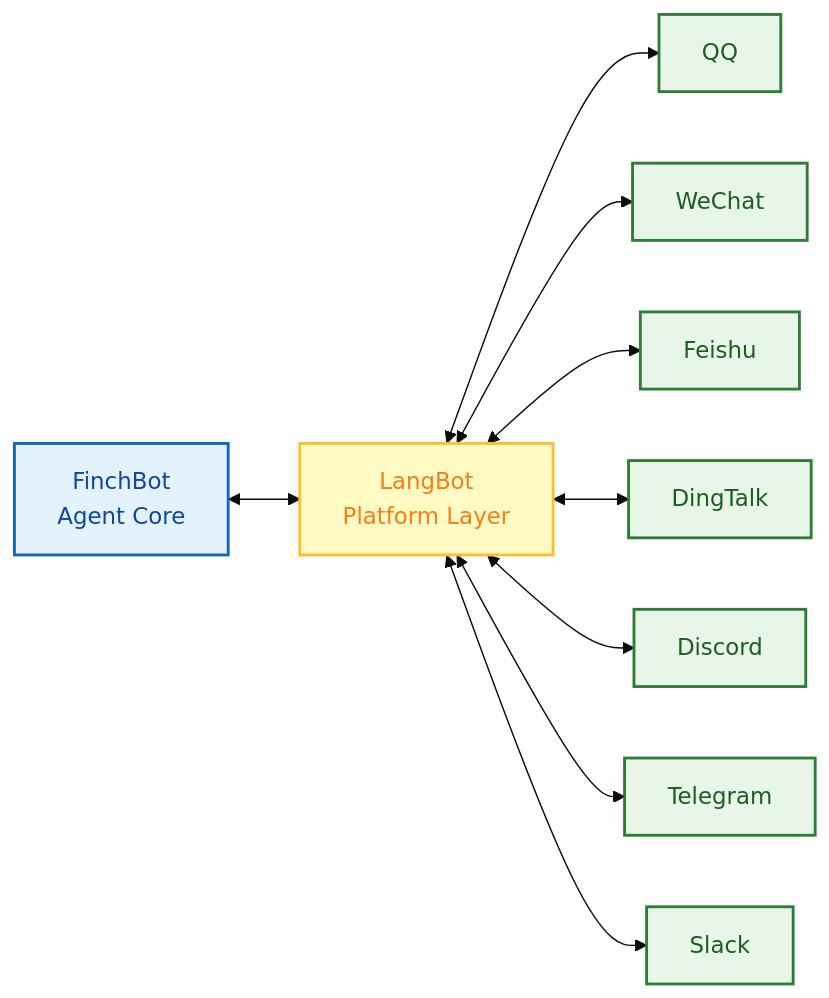
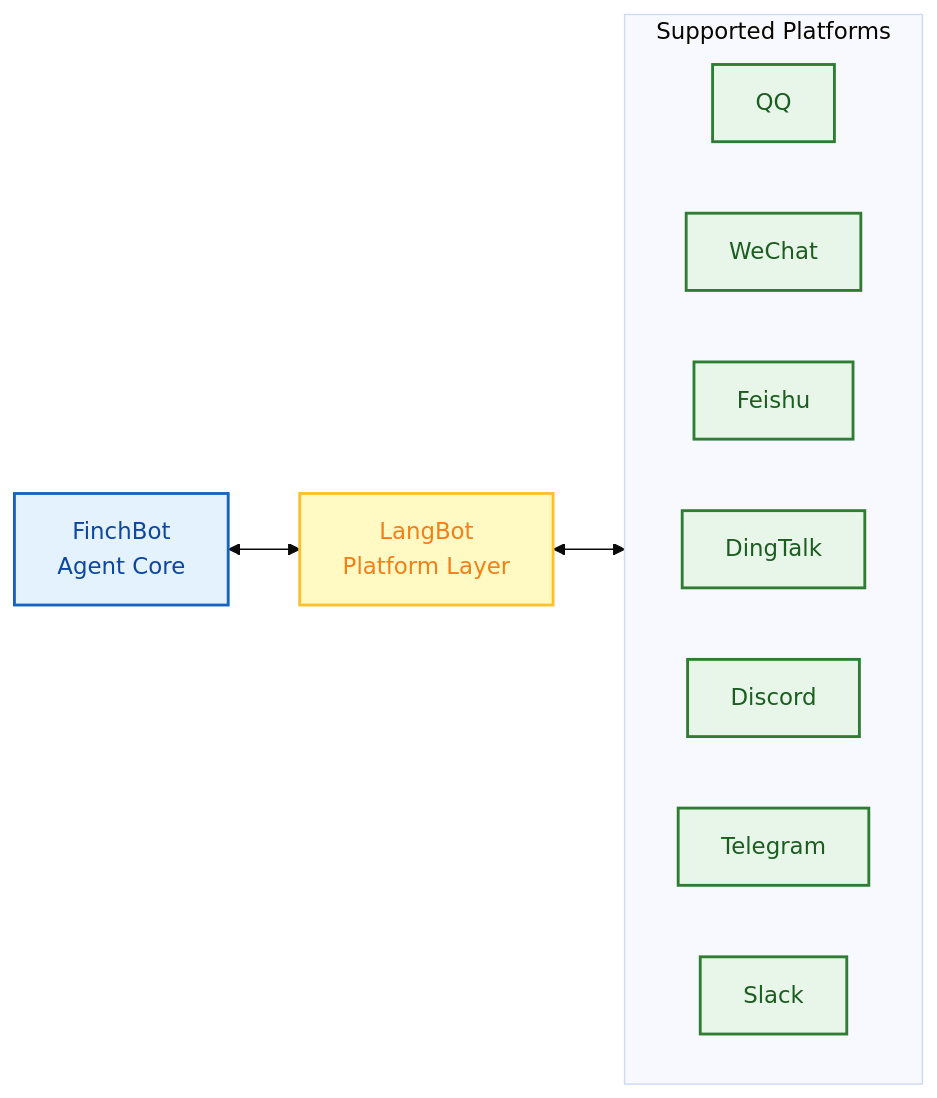
The ninth of 9 diagrams in README.md (zhangjingyuan177-hue/FinchBot), drawn with Mermaid (base theme) before and after one commit. The commit also changed other lines of this file and 1 other file, not shown here.

````diff
--- a/README.md
+++ b/README.md
@@ -765,20 +534,21 @@
 ```mermaid
 flowchart LR
     classDef bus fill:#e3f2fd,stroke:#1565c0,stroke-width:2px,color:#0d47a1;
     classDef manager fill:#fff9c4,stroke:#fbc02d,stroke-width:2px,color:#f57f17;
     classDef channel fill:#e8f5e9,stroke:#2e7d32,stroke-width:2px,color:#1b5e20;
 
-    FinchBot[FinchBot<br/>Agent Core]:::bus
-    LangBot[LangBot<br/>Platform Layer]:::manager
+    FinchBot[FinchBot<br/>Agent Core]:::bus <--> LangBot[LangBot<br/>Platform Layer]:::manager
 
-    QQ[QQ]:::channel
-    WeChat[WeChat]:::channel
-    Feishu[Feishu]:::channel
-    DingTalk[DingTalk]:::channel
-    Discord[Discord]:::channel
-    Telegram[Telegram]:::channel
-    Slack[Slack]:::channel
+    subgraph Platforms [Supported Platforms]
+        direction LR
+        QQ[QQ]:::channel
+        WeChat[WeChat]:::channel
+        Feishu[Feishu]:::channel
+        DingTalk[DingTalk]:::channel
+        Discord[Discord]:::channel
+        Telegram[Telegram]:::channel
+        Slack[Slack]:::channel
+    end
 
-    FinchBot <--> LangBot
-    LangBot <--> QQ & WeChat & Feishu & DingTalk & Discord & Telegram & Slack
+    LangBot <--> Platforms
 ```
````
